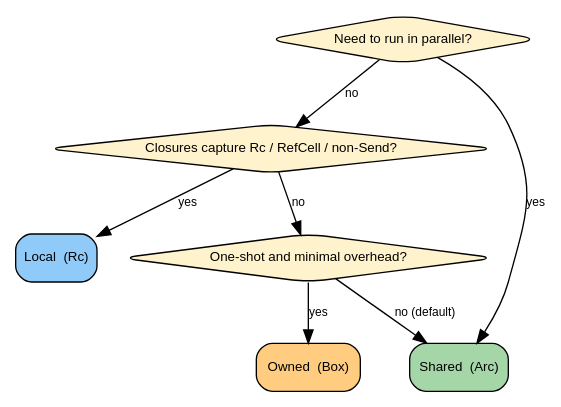
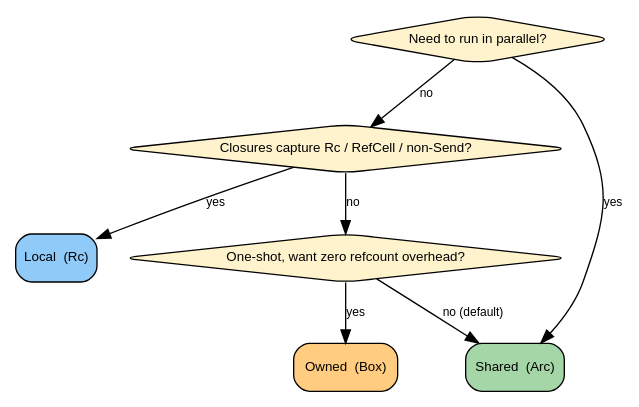
Before and after one commit to hylic-recursion/hylic-docs: the second of 2 diagrams in book/src/concepts/domains.md, drawn with Graphviz. The commit also changed other lines of this file and 8 other files, not shown here.

````diff
--- a/book/src/concepts/domains.md
+++ b/book/src/concepts/domains.md
@@ -9,19 +130,19 @@
 ```dot process
 digraph {
     rankdir=TB;
     node [shape=box, style="rounded,filled", fontname="sans-serif", fontsize=10];
     edge [fontname="sans-serif", fontsize=9];
     q1 [label="Need to run in parallel?", shape=diamond, fillcolor="#fff3cd"];
     q2 [label="Closures capture Rc / RefCell / non-Send?", shape=diamond, fillcolor="#fff3cd"];
-    q3 [label="One-shot and minimal overhead?", shape=diamond, fillcolor="#fff3cd"];
+    q3 [label="One-shot, want zero refcount overhead?", shape=diamond, fillcolor="#fff3cd"];
     shared [label="Shared  (Arc)", fillcolor="#a5d6a7"];
     local  [label="Local  (Rc)",  fillcolor="#90caf9"];
     owned  [label="Owned  (Box)", fillcolor="#ffcc80"];
     q1 -> shared [label="yes"];
     q1 -> q2 [label="no"];
     q2 -> local [label="yes"];
     q2 -> q3 [label="no"];
     q3 -> owned [label="yes"];
     q3 -> shared [label="no (default)"];
 }
 ```
````
